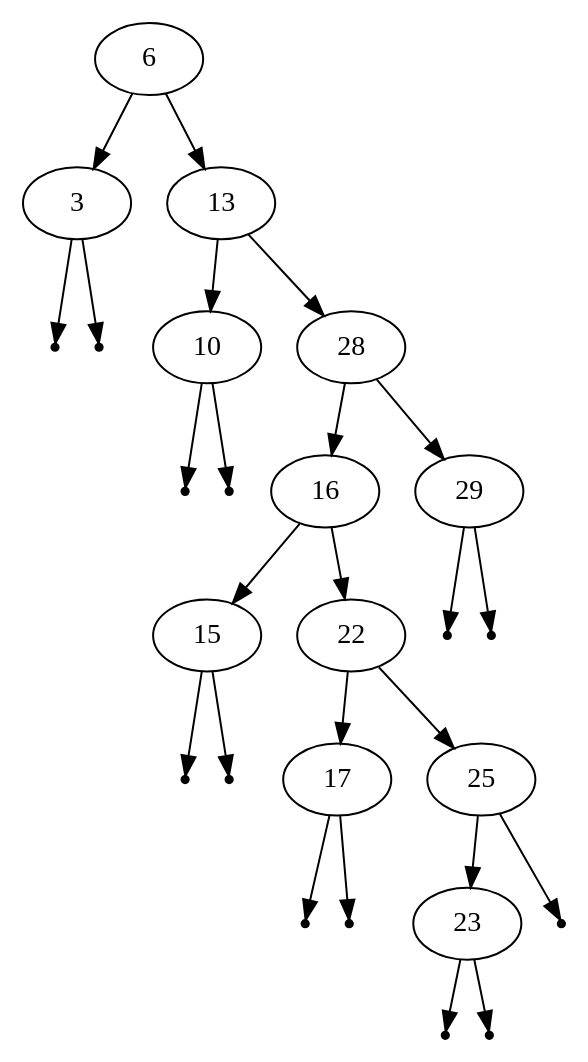
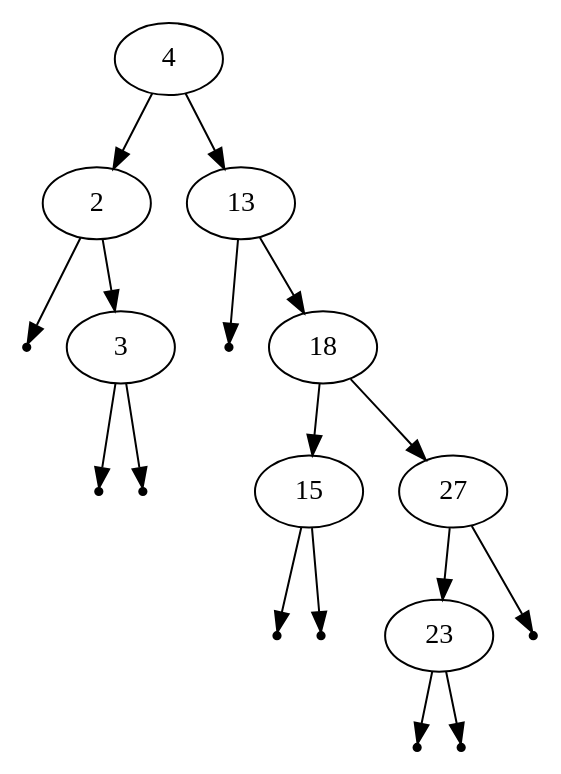
Before and after one commit to psuet/rwth-progra-ws16: the diagram in u07/code/t1.dot, drawn with Graphviz. The commit also changed 7 other files, not shown here.

```diff
--- a/u07/code/t1.dot
+++ b/u07/code/t1.dot
@@ -1,40 +1,28 @@
 digraph {
 graph [ordering="out"];
-6 -> 3;
+4 -> 2;
 null0[shape=point]
-3 -> null0;
+2 -> null0;
+2 -> 3;
 null1[shape=point]
 3 -> null1;
-6 -> 13;
-13 -> 10;
 null2[shape=point]
-10 -> null2;
+3 -> null2;
+4 -> 13;
 null3[shape=point]
-10 -> null3;
-13 -> 28;
-28 -> 16;
-16 -> 15;
+13 -> null3;
+13 -> 18;
+18 -> 15;
 null4[shape=point]
 15 -> null4;
 null5[shape=point]
 15 -> null5;
-16 -> 22;
-22 -> 17;
+18 -> 27;
+27 -> 23;
 null6[shape=point]
-17 -> null6;
+23 -> null6;
 null7[shape=point]
-17 -> null7;
-22 -> 25;
-25 -> 23;
+23 -> null7;
 null8[shape=point]
-23 -> null8;
-null9[shape=point]
-23 -> null9;
-null10[shape=point]
-25 -> null10;
-28 -> 29;
-null11[shape=point]
-29 -> null11;
-null12[shape=point]
-29 -> null12;
+27 -> null8;
 }
```
